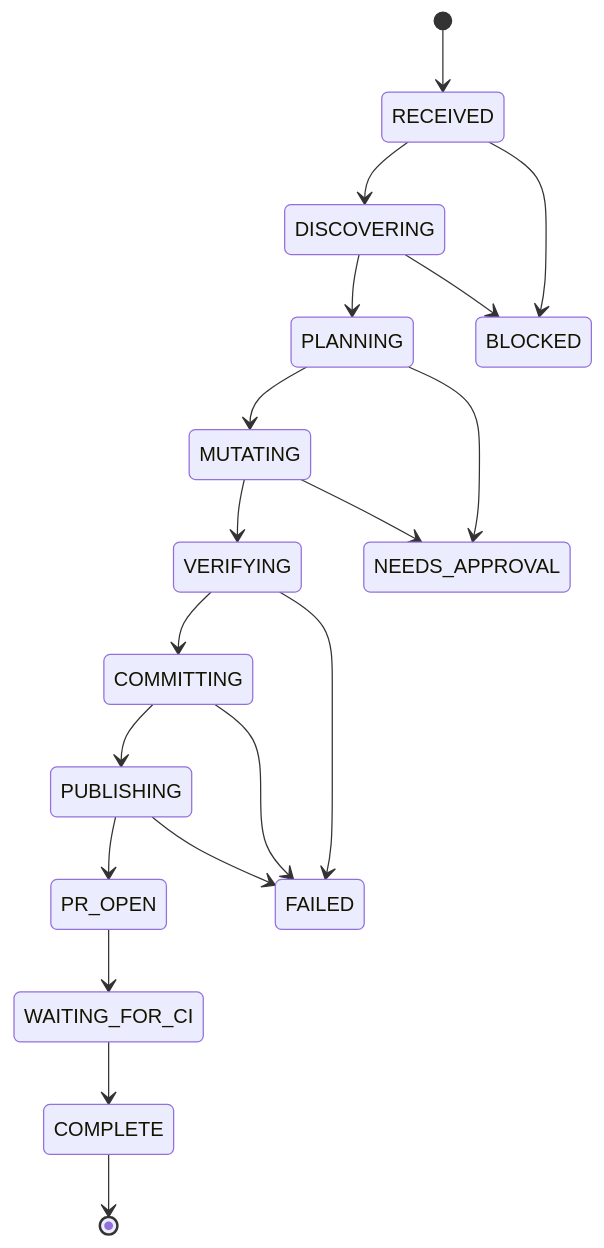
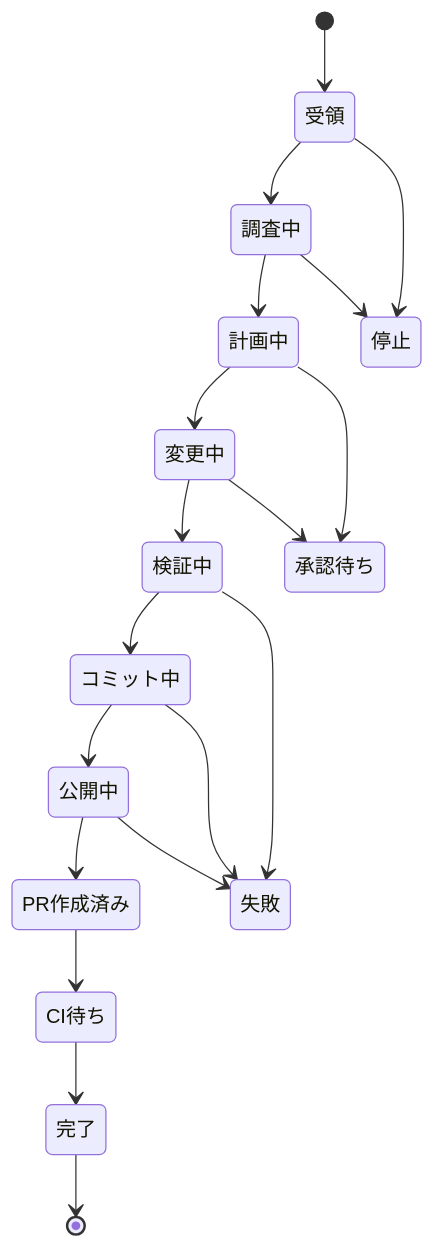
One commit to tomo-chan/agent-harness changed the second of 3 diagrams in docs/ja/01-architecture.md. Above: the diagram before and after it, drawn with Mermaid. The commit also changed other lines of this file and 10 other files, not shown here.

````diff
--- a/docs/ja/01-architecture.md
+++ b/docs/ja/01-architecture.md
@@ -40,22 +40,35 @@
 ```mermaid
 stateDiagram-v2
+    state "受領" as RECEIVED
+    state "調査中" as DISCOVERING
+    state "計画中" as PLANNING
+    state "変更中" as MUTATING
+    state "検証中" as VERIFYING
+    state "コミット中" as COMMITTING
+    state "公開中" as PUBLISHING
+    state "PR作成済み" as PR_OPEN
+    state "CI待ち" as WAITING_FOR_CI
+    state "完了" as COMPLETE
+    state "停止" as BLOCKED
+    state "承認待ち" as NEEDS_APPROVAL
+    state "失敗" as FAILED
     [*] --> RECEIVED
     RECEIVED --> DISCOVERING
     DISCOVERING --> PLANNING
     PLANNING --> MUTATING
     MUTATING --> VERIFYING
     VERIFYING --> COMMITTING
     COMMITTING --> PUBLISHING
     PUBLISHING --> PR_OPEN
     PR_OPEN --> WAITING_FOR_CI
     WAITING_FOR_CI --> COMPLETE
     COMPLETE --> [*]
 
     RECEIVED --> BLOCKED
     DISCOVERING --> BLOCKED
     PLANNING --> NEEDS_APPROVAL
     MUTATING --> NEEDS_APPROVAL
     VERIFYING --> FAILED
     COMMITTING --> FAILED
     PUBLISHING --> FAILED
 ```
````
